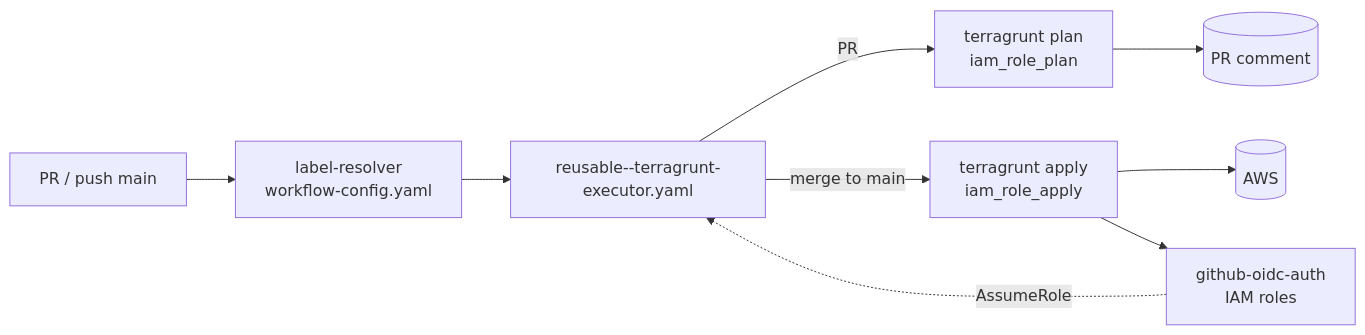
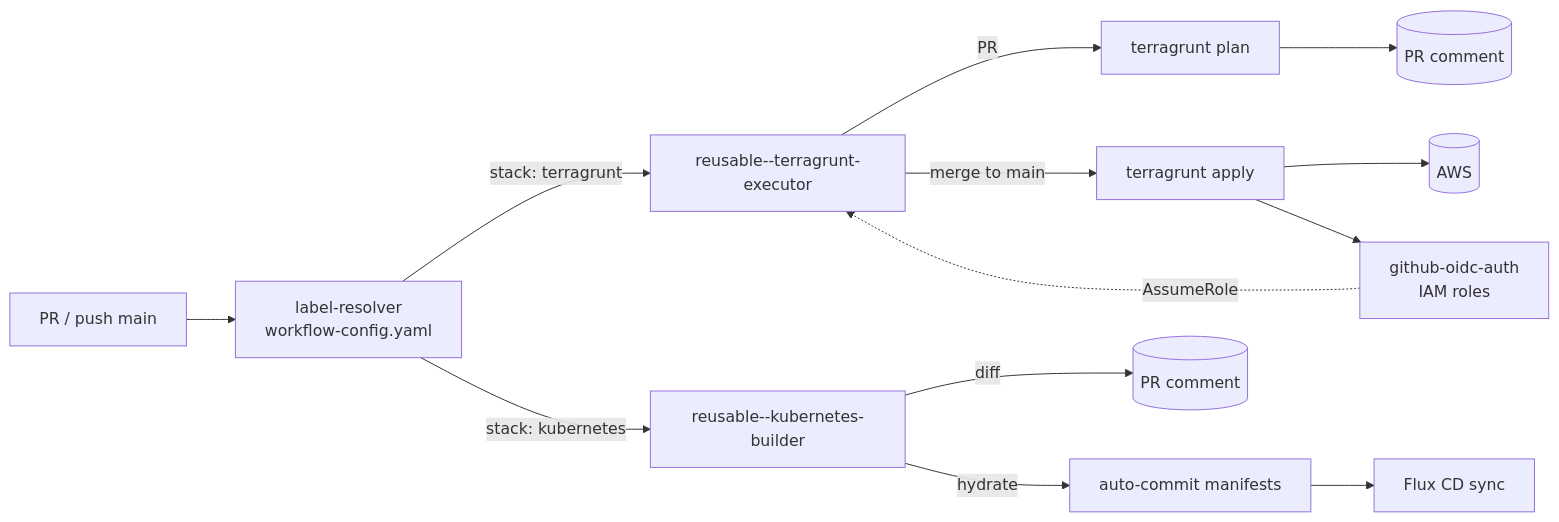
Before and after one commit to panicboat/platform: the diagram in README-ja.md, drawn with Mermaid. The commit also changed other lines of this file and 5 other files, not shown here.

First line of the commit message:
refactor(workflows): rename kubernetes-executor to kubernetes-builder

````diff
--- a/README-ja.md
+++ b/README-ja.md
@@ -55,11 +55,15 @@
 ```mermaid
 flowchart LR
   Trigger[PR / push main] --> Resolver[label-resolver<br/>workflow-config.yaml]
-  Resolver --> Executor[reusable--terragrunt-executor.yaml]
-  Executor -->|PR| Plan[terragrunt plan<br/>iam_role_plan]
-  Executor -->|merge to main| Apply[terragrunt apply<br/>iam_role_apply]
+  Resolver -->|stack: terragrunt| TG[reusable--terragrunt-executor]
+  TG -->|PR| Plan[terragrunt plan]
+  TG -->|merge to main| Apply[terragrunt apply]
   Plan --> PRComment[(PR comment)]
   Apply --> AWS[(AWS)]
   Apply --> OIDC[github-oidc-auth<br/>IAM roles]
-  OIDC -.->|AssumeRole| Executor
+  OIDC -.->|AssumeRole| TG
+  Resolver -->|stack: kubernetes| K8s[reusable--kubernetes-builder]
+  K8s -->|hydrate| Commit[auto-commit manifests]
+  K8s -->|diff| K8sComment[(PR comment)]
+  Commit --> FluxCD[Flux CD sync]
 ```
````
